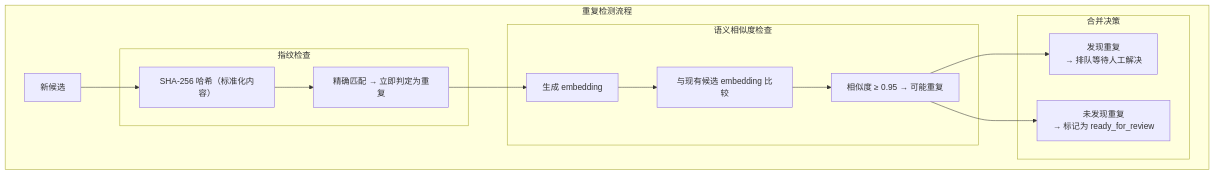
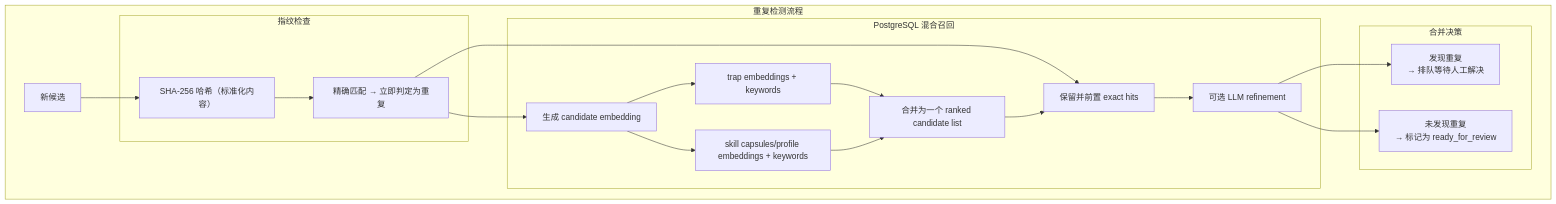
Before and after one commit to pofossette/TrapMap-for-vibing: the fifth of 7 diagrams in docs/architecture/components/INGESTION.md, drawn with Mermaid. The commit also changed other lines of this file and 23 other files, not shown here.

First line of the commit message:
feat(candidates): add PostgreSQL parallel recall, queue dedupe, and duplicate trace

````diff
--- a/docs/architecture/components/INGESTION.md
+++ b/docs/architecture/components/INGESTION.md
@@ -364,30 +382,38 @@
 ```mermaid
 flowchart TB
     subgraph 重复检测流程["重复检测流程"]
         NewCandidate["新候选"]
         
         subgraph 指纹检查["指纹检查"]
             SHA256["SHA-256 哈希（标准化内容）"]
             ExactMatch["精确匹配 → 立即判定为重复"]
         end
         
-        subgraph 语义相似度检查["语义相似度检查"]
-            GenEmbed["生成 embedding"]
-            Compare["与现有候选 embedding 比较"]
-            Threshold["相似度 ≥ 0.95 → 可能重复"]
+        subgraph PostgreSQL召回["PostgreSQL 混合召回"]
+            GenEmbed["生成 candidate embedding"]
+            TrapRecall["trap embeddings + keywords"]
+            SkillRecall["skill capsules/profile embeddings + keywords"]
+            MergeRank["合并为一个 ranked candidate list"]
+            PreserveExact["保留并前置 exact hits"]
+            LlmRefine["可选 LLM refinement"]
         end
         
         subgraph 合并决策["合并决策"]
             DupFound["发现重复\n→ 排队等待人工解决"]
             NoDup["未发现重复\n→ 标记为 ready_for_review"]
         end
     end
 
     NewCandidate --> SHA256
     SHA256 --> ExactMatch
     ExactMatch --> GenEmbed
-    GenEmbed --> Compare
-    Compare --> Threshold
-    Threshold --> DupFound
-    Threshold --> NoDup
+    GenEmbed --> TrapRecall
+    GenEmbed --> SkillRecall
+    TrapRecall --> MergeRank
+    SkillRecall --> MergeRank
+    ExactMatch --> PreserveExact
+    MergeRank --> PreserveExact
+    PreserveExact --> LlmRefine
+    LlmRefine --> DupFound
+    LlmRefine --> NoDup
 ```
````
